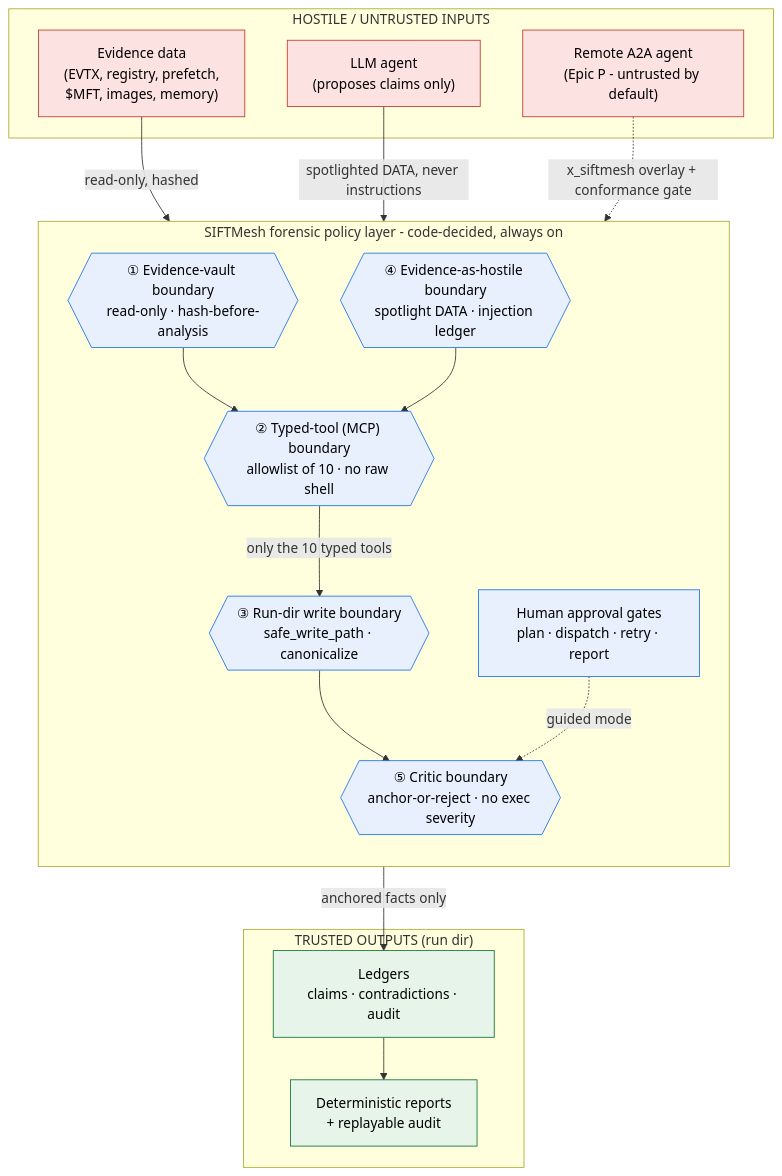
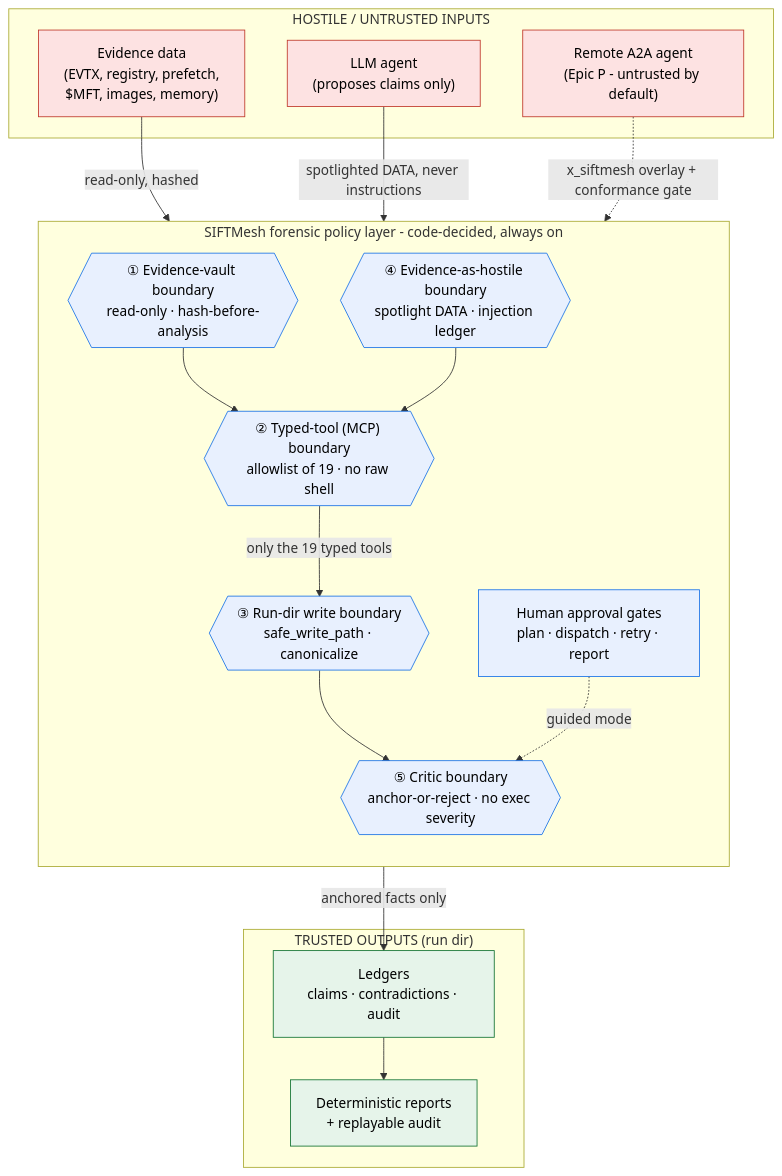
The diagram in docs/architecture.md (aryanbuilds/Project_SIFTAMESS), drawn with Mermaid before and after one commit. The commit also changed other lines of this file and 114 other files, not shown here.

````diff
--- a/docs/architecture.md
+++ b/docs/architecture.md
@@ -165,41 +165,41 @@
 ```mermaid
 flowchart TB
     subgraph UNTRUSTED["HOSTILE / UNTRUSTED INPUTS"]
         EV["Evidence data<br/>(EVTX, registry, prefetch,<br/>$MFT, images, memory)"]
         AG["LLM agent<br/>(proposes claims only)"]
         A2A["Remote A2A agent<br/>(Epic P - untrusted by default)"]
     end
 
     subgraph POLICY["SIFTMesh forensic policy layer - code-decided, always on"]
         direction TB
         B1{{"① Evidence-vault boundary<br/>read-only · hash-before-analysis"}}
         B4{{"④ Evidence-as-hostile boundary<br/>spotlight DATA · injection ledger"}}
-        B2{{"② Typed-tool (MCP) boundary<br/>allowlist of 10 · no raw shell"}}
+        B2{{"② Typed-tool (MCP) boundary<br/>allowlist of 19 · no raw shell"}}
         B3{{"③ Run-dir write boundary<br/>safe_write_path · canonicalize"}}
         B5{{"⑤ Critic boundary<br/>anchor-or-reject · no exec severity"}}
         HG["Human approval gates<br/>plan · dispatch · retry · report"]
     end
 
     subgraph TRUSTED["TRUSTED OUTPUTS (run dir)"]
         LED["Ledgers<br/>claims · contradictions · audit"]
         REP["Deterministic reports<br/>+ replayable audit"]
     end
 
     EV -->|"read-only, hashed"| B1
     B1 --> B2
     AG -->|"spotlighted DATA, never instructions"| B4
     A2A -.->|"x_siftmesh overlay + conformance gate"| B4
     B4 --> B2
-    B2 -->|"only the 10 typed tools"| B3
+    B2 -->|"only the 19 typed tools"| B3
     B3 --> B5
     HG -.->|"guided mode"| B5
     B5 -->|"anchored facts only"| LED
     LED --> REP
 
     classDef hostile fill:#fde2e2,stroke:#c0392b,color:#000;
     classDef gate fill:#e8f0fe,stroke:#1a73e8,color:#000;
     classDef trusted fill:#e6f4ea,stroke:#137333,color:#000;
     class EV,AG,A2A hostile;
     class B1,B2,B3,B4,B5,HG gate;
     class LED,REP trusted;
 ```
````
